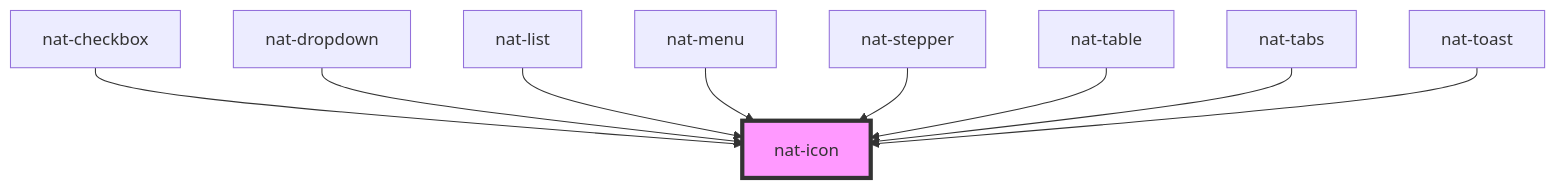
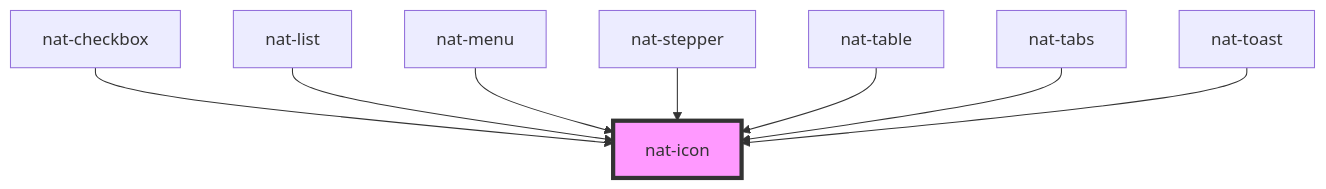
The diagram in src/components/nat-icon/readme.md (tuongna/nat-ui), drawn with Mermaid before and after one commit. The commit also changed other lines of this file and 109 other files, not shown here.

````diff
--- a/src/components/nat-icon/readme.md
+++ b/src/components/nat-icon/readme.md
@@ -45,12 +44,11 @@
 ```mermaid
 graph TD;
   nat-checkbox --> nat-icon
-  nat-dropdown --> nat-icon
   nat-list --> nat-icon
   nat-menu --> nat-icon
   nat-stepper --> nat-icon
   nat-table --> nat-icon
   nat-tabs --> nat-icon
   nat-toast --> nat-icon
   style nat-icon fill:#f9f,stroke:#333,stroke-width:4px
 ```
````
